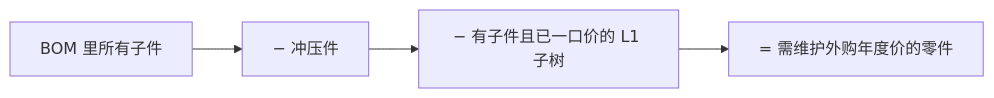
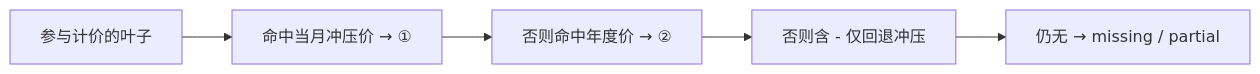
The sixth of 7 diagrams in docs/l0-assembly-costing-design.md (pulinzhang/structure-costing-platform), drawn with Mermaid before and after one commit. The commit also changed other lines of this file and 34 other files, not shown here.

````diff
--- a/docs/l0-assembly-costing-design.md
+++ b/docs/l0-assembly-costing-design.md
@@ -180,7 +241,8 @@
 ```mermaid
 flowchart LR
-    ALL["BOM 里所有子件"]
-    ALL --> M1["− 冲压件"]
-    M1 --> M2["− 有子件且已一口价的 L1 子树"]
-    M2 --> BUY["= 需维护外购年度价的零件"]
+    ALL["参与计价的叶子"]
+    ALL --> M1["命中当月冲压价 → ①"]
+    M1 --> M2["否则命中年度价 → ②"]
+    M2 --> M3["否则含 - 仅回退冲压"]
+    M3 --> MISS["仍无 → missing / partial"]
 ```
````
